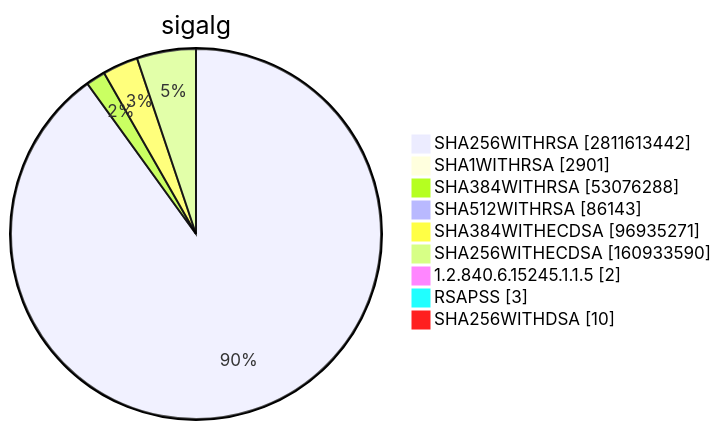
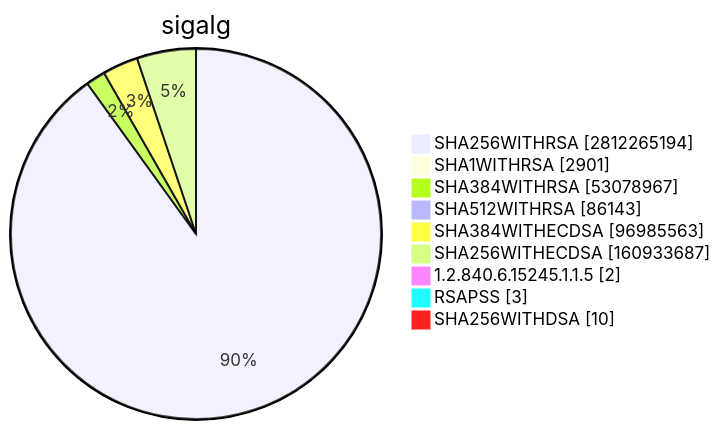
One commit to christiankrug/ctmonitor_visualization changed diagram 15 of 15 in TOTAL/README.md. Above: the diagram before and after it, drawn with Mermaid. The commit also changed other lines of this file, not shown here.

````diff
--- a/TOTAL/README.md
+++ b/TOTAL/README.md
@@ -6207,13 +6207,13 @@
 ```mermaid
 pie showData
 title sigalg
-"SHA256WITHRSA" :2811613442
+"SHA256WITHRSA" :2812265194
 "SHA1WITHRSA" :2901
-"SHA384WITHRSA" :53076288
+"SHA384WITHRSA" :53078967
 "SHA512WITHRSA" :86143
-"SHA384WITHECDSA" :96935271
-"SHA256WITHECDSA" :160933590
+"SHA384WITHECDSA" :96985563
+"SHA256WITHECDSA" :160933687
 "1.2.840.6.15245.1.1.5" :2
 "RSAPSS" :3
 "SHA256WITHDSA" :10
 ```
````
